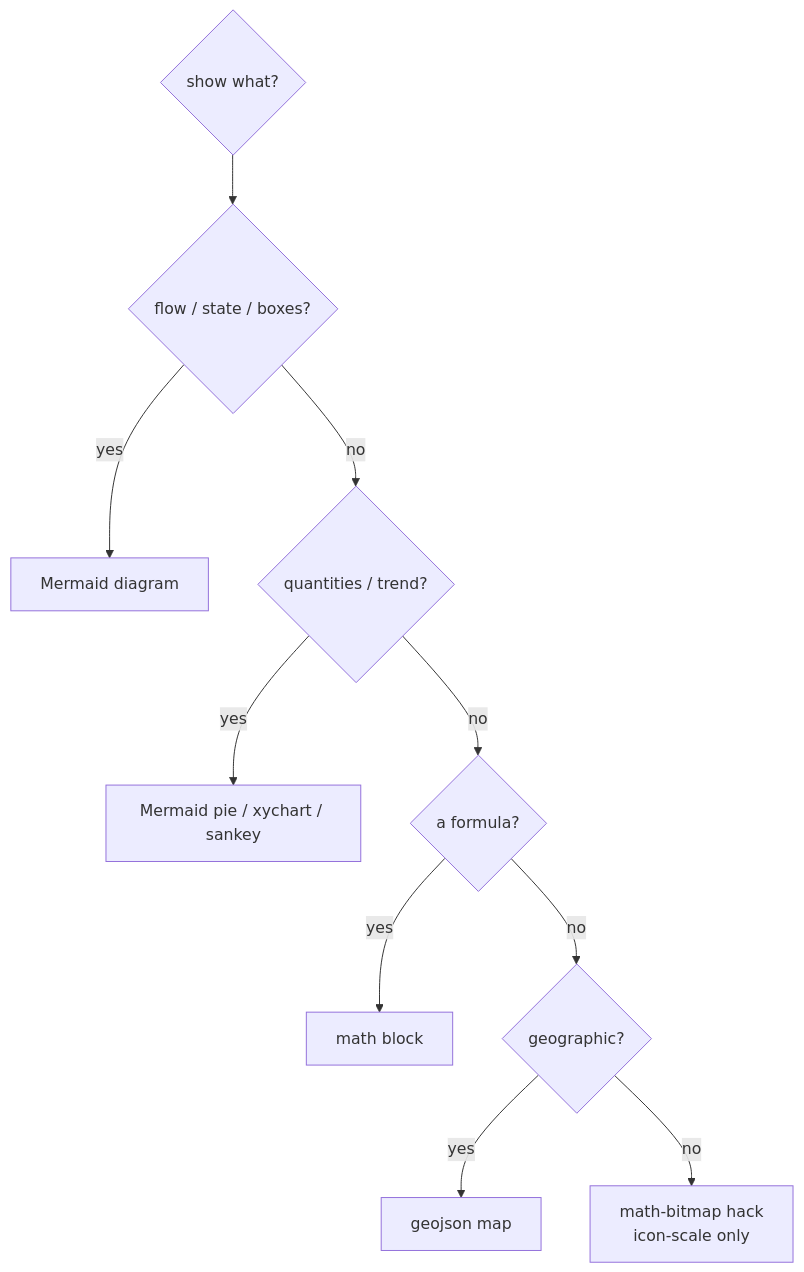
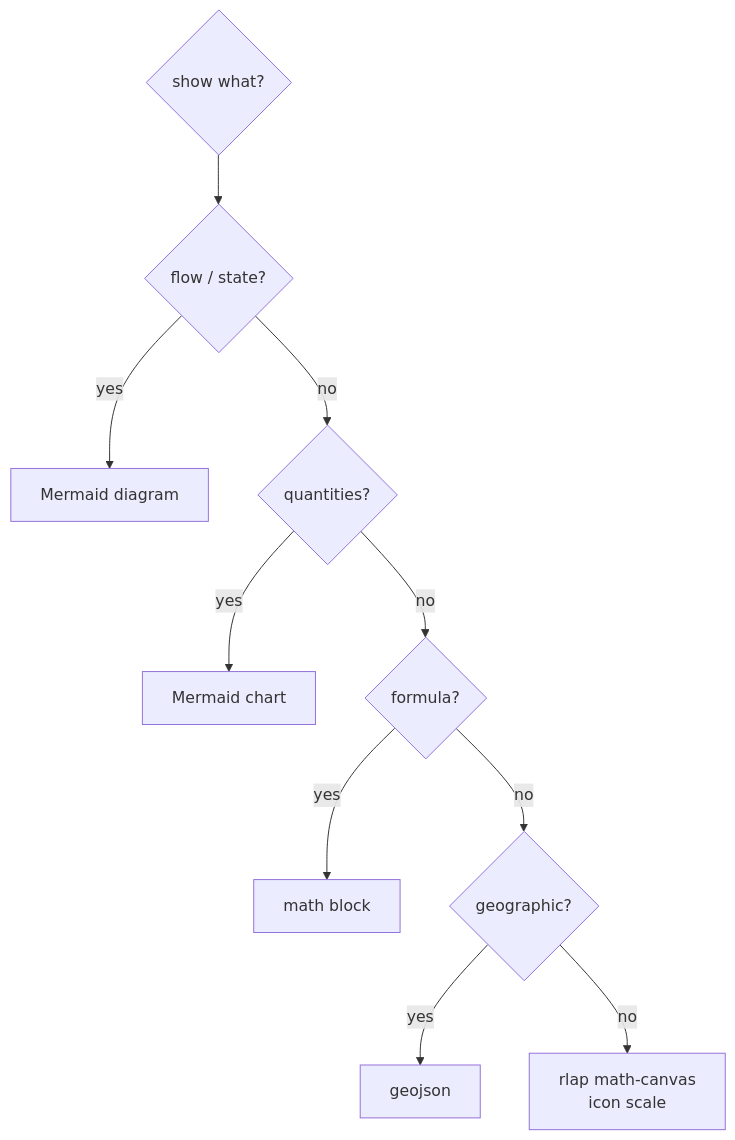
The third of 3 diagrams in sandbox/md-graphics-demo/README.md (whistlegraph/aesthetic-computer), drawn with Mermaid before and after one commit. The commit also changed other lines of this file and 1 other file, not shown here.

First line of the commit message:
sandbox: rlap math-canvas (smiley) + empirical primitive probes

````diff
--- a/sandbox/md-graphics-demo/README.md
+++ b/sandbox/md-graphics-demo/README.md
@@ -157,12 +247,12 @@
 ```mermaid
 flowchart TD
-  q{show what?} --> d{flow / state / boxes?}
+  q{show what?} --> d{flow / state?}
   d -->|yes| mer[Mermaid diagram]
-  d -->|no| c{quantities / trend?}
-  c -->|yes| chart[Mermaid pie / xychart / sankey]
-  c -->|no| f{a formula?}
+  d -->|no| c{quantities?}
+  c -->|yes| chart[Mermaid chart]
+  c -->|no| f{formula?}
   f -->|yes| math[math block]
   f -->|no| g{geographic?}
-  g -->|yes| geo[geojson map]
-  g -->|no| b[math-bitmap hack\nicon-scale only]
+  g -->|yes| geo[geojson]
+  g -->|no| canvas[rlap math-canvas\nicon scale]
 ```
````
